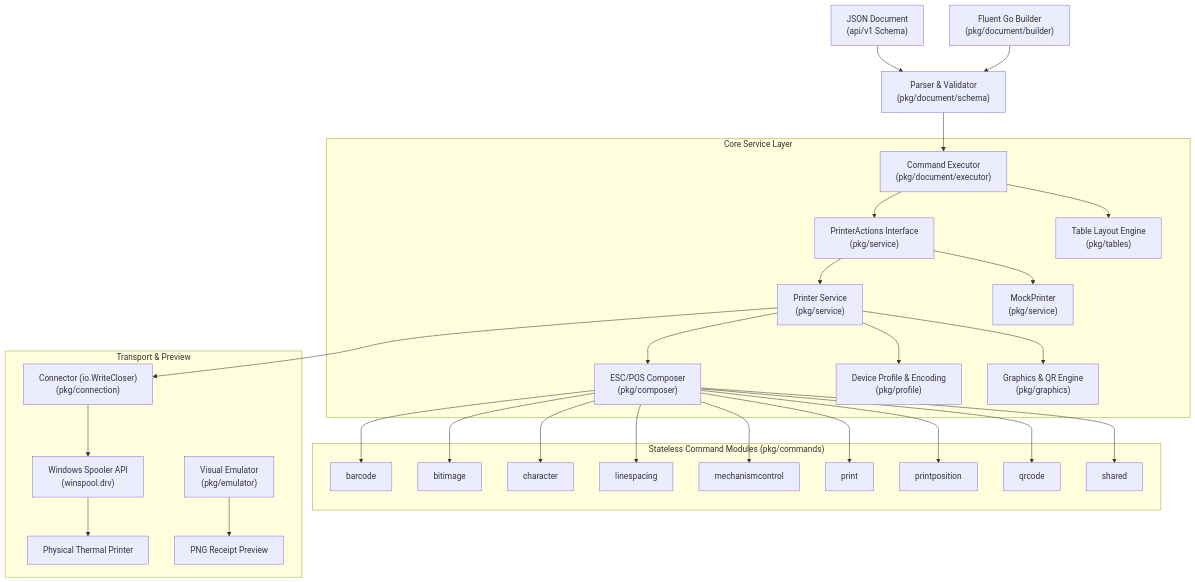
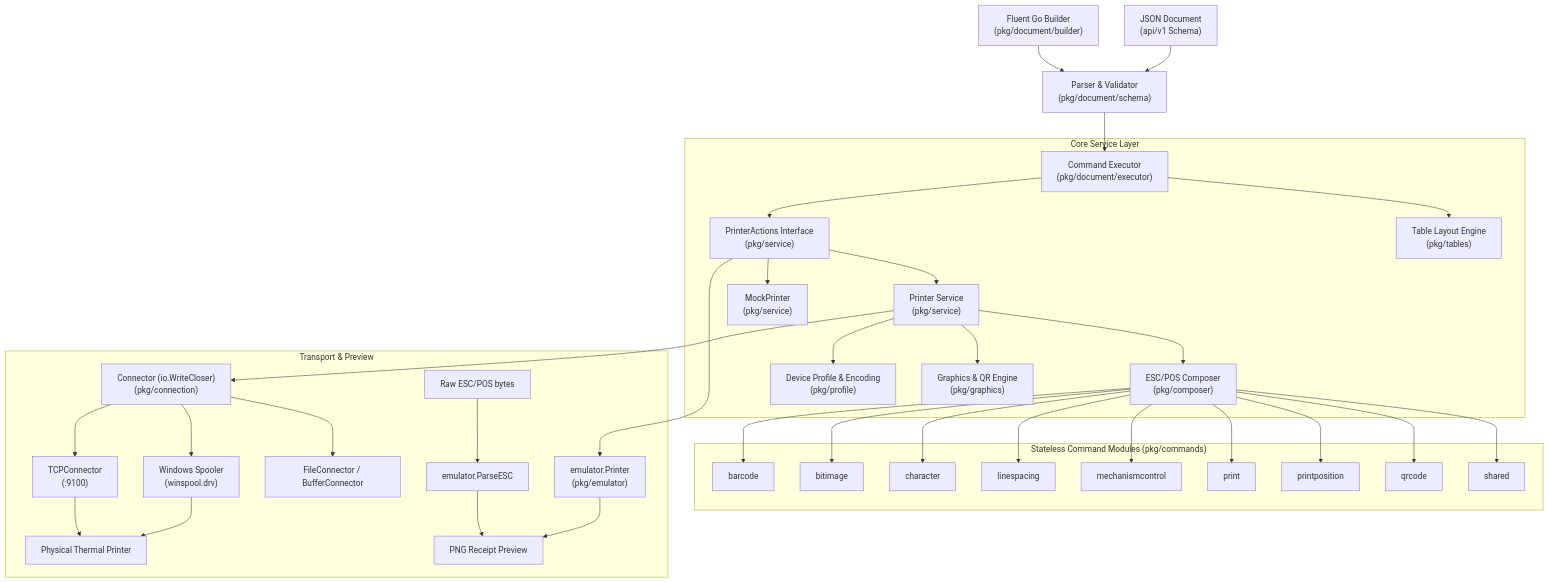
One commit to adcondev/poster changed the diagram in README.md. Above: the diagram before and after it, drawn with Mermaid. The commit also changed other lines of this file and 41 other files, not shown here.

````diff
--- a/README.md
+++ b/README.md
@@ -46,35 +50,40 @@
 ```mermaid
 flowchart TD
     JSON["JSON Document<br/>(api/v1 Schema)"] --> Schema["Parser & Validator<br/>(pkg/document/schema)"]
     Builder["Fluent Go Builder<br/>(pkg/document/builder)"] --> Schema
     Schema --> Executor["Command Executor<br/>(pkg/document/executor)"]
     Executor --> Actions["PrinterActions Interface<br/>(pkg/service)"]
 
     subgraph "Core Service Layer"
         Actions --> Service["Printer Service<br/>(pkg/service)"]
         Actions --> Mock["MockPrinter<br/>(pkg/service)"]
         Service --> Protocol["ESC/POS Composer<br/>(pkg/composer)"]
         Service --> Profile["Device Profile & Encoding<br/>(pkg/profile)"]
         Service --> Graphics["Graphics & QR Engine<br/>(pkg/graphics)"]
         Executor --> Tables["Table Layout Engine<br/>(pkg/tables)"]
     end
 
     subgraph "Stateless Command Modules (pkg/commands)"
         Protocol --> Barcode["barcode"]
         Protocol --> BitImage["bitimage"]
         Protocol --> Character["character"]
         Protocol --> LineSpacing["linespacing"]
         Protocol --> MechControl["mechanismcontrol"]
         Protocol --> PrintCmd["print"]
         Protocol --> PrintPos["printposition"]
         Protocol --> QRCode["qrcode"]
         Protocol --> Shared["shared"]
     end
 
     subgraph "Transport & Preview"
         Service --> Connector["Connector (io.WriteCloser)<br/>(pkg/connection)"]
-        Connector --> WinAPI["Windows Spooler API<br/>(winspool.drv)"]
+        Connector --> WinAPI["Windows Spooler<br/>(winspool.drv)"]
+        Connector --> TCP["TCPConnector<br/>(:9100)"]
+        Connector --> File["FileConnector / BufferConnector"]
         WinAPI --> Device["Physical Thermal Printer"]
-        Emulator["Visual Emulator<br/>(pkg/emulator)"] --> PNG["PNG Receipt Preview"]
+        TCP --> Device
+        Actions --> EmuPrinter["emulator.Printer<br/>(pkg/emulator)"]
+        EmuPrinter --> PNG["PNG Receipt Preview"]
+        RawBytes["Raw ESC/POS bytes"] --> Parser["emulator.ParseESC"] --> PNG
     end
 ```
````
